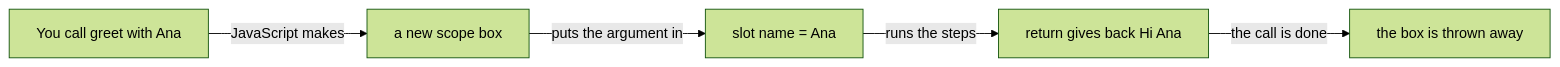
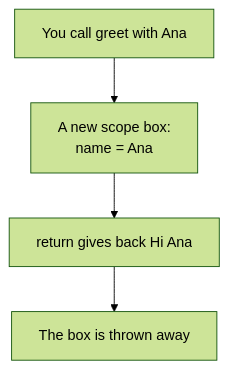
Before and after one commit to starjustice/research-material: the first of 3 diagrams in learn/javascript/04-functions.md, drawn with Mermaid (forest theme). The commit also changed other lines of this file, not shown here.

Commit message:
Reshape JavaScript lesson 04 (Functions) into short cards with guess bars and blue More detail bars

````diff
--- a/learn/javascript/04-functions.md
+++ b/learn/javascript/04-functions.md
@@ -26,7 +15,6 @@
 ```mermaid
-graph LR
-    A["You call greet with Ana"] -->|JavaScript makes| B["a new scope box"]
-    B -->|puts the argument in| C["slot name = Ana"]
-    C -->|runs the steps| D["return gives back Hi Ana"]
-    D -->|the call is done| E["the box is thrown away"]
+graph TB
+    A["You call greet with Ana"] --> B["A new scope box:<br/>name = Ana"]
+    B --> C["return gives back Hi Ana"]
+    C --> D["The box is thrown away"]
 ```
````
